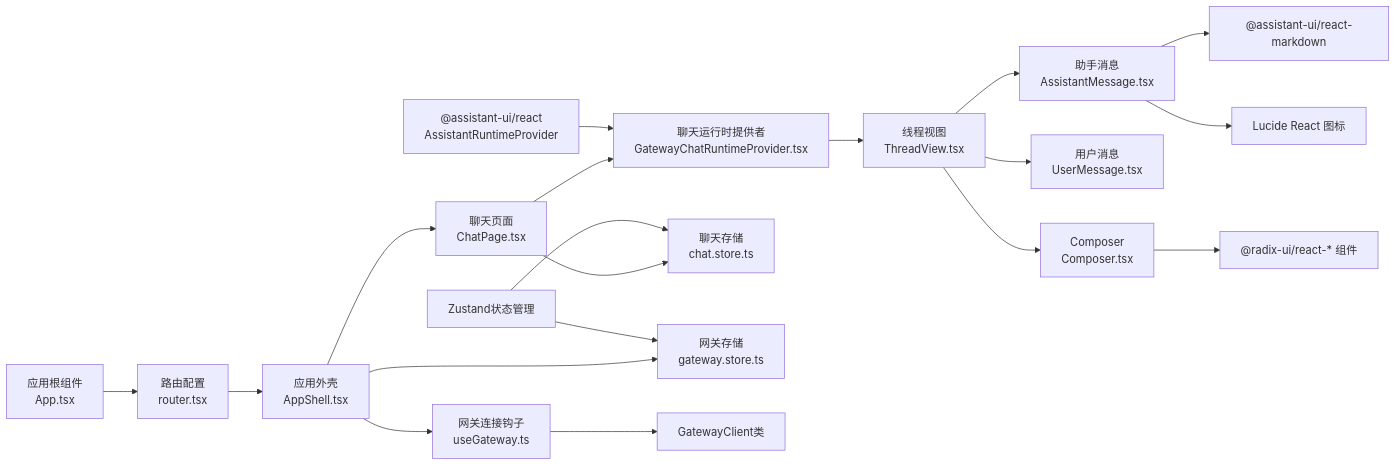
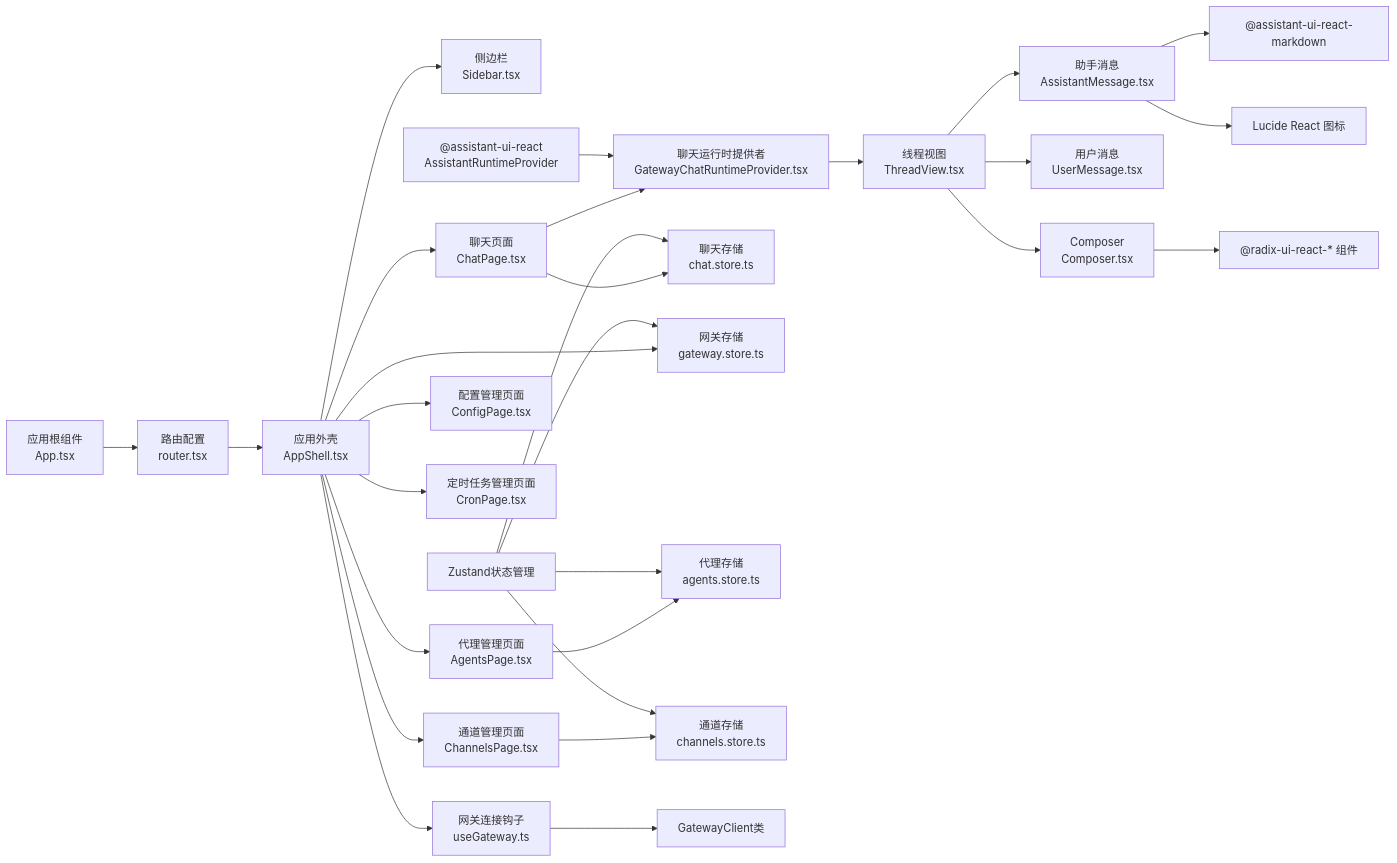
Before and after one commit to verse-ai-org/openclaw: the sixth of 6 diagrams in .qoder/repowiki/zh/content/Web界面/Web界面.md, drawn with Mermaid. The commit also changed other lines of this file and 41 other files, not shown here.

````diff
--- a/.qoder/repowiki/zh/content/Web界面/Web界面.md
+++ b/.qoder/repowiki/zh/content/Web界面/Web界面.md
@@ -453,21 +636,30 @@
 ```mermaid
 graph LR
 App["应用根组件<br/>App.tsx"] --> Router["路由配置<br/>router.tsx"]
 Router --> Shell["应用外壳<br/>AppShell.tsx"]
+Shell --> Sidebar["侧边栏<br/>Sidebar.tsx"]
 Shell --> ChatPage["聊天页面<br/>ChatPage.tsx"]
+Shell --> AgentsPage["代理管理页面<br/>AgentsPage.tsx"]
+Shell --> ChannelsPage["通道管理页面<br/>ChannelsPage.tsx"]
+Shell --> ConfigPage["配置管理页面<br/>ConfigPage.tsx"]
+Shell --> CronPage["定时任务管理页面<br/>CronPage.tsx"]
 ChatPage --> Runtime["聊天运行时提供者<br/>GatewayChatRuntimeProvider.tsx"]
 Runtime --> ThreadView["线程视图<br/>ThreadView.tsx"]
 ThreadView --> AssistantMessage["助手消息<br/>AssistantMessage.tsx"]
 ThreadView --> UserMessage["用户消息<br/>UserMessage.tsx"]
 ThreadView --> Composer["Composer<br/>Composer.tsx"]
 ChatPage --> ChatStore["聊天存储<br/>chat.store.ts"]
 Shell --> GatewayStore["网关存储<br/>gateway.store.ts"]
+AgentsPage --> AgentsStore["代理存储<br/>agents.store.ts"]
+ChannelsPage --> ChannelsStore["通道存储<br/>channels.store.ts"]
 Shell --> GatewayHook["网关连接钩子<br/>useGateway.ts"]
 GatewayHook --> GatewayClient["GatewayClient类"]
-AssistantRuntimeProvider["@assistant-ui/react<br/>AssistantRuntimeProvider"] --> Runtime
+AssistantRuntimeProvider["@assistant-ui-react<br/>AssistantRuntimeProvider"] --> Runtime
 Zustand["Zustand状态管理"] --> ChatStore
 Zustand --> GatewayStore
-AssistantMessage --> Markdown["@assistant-ui/react-markdown"]
+Zustand --> AgentsStore
+Zustand --> ChannelsStore
+AssistantMessage --> Markdown["@assistant-ui-react-markdown"]
 AssistantMessage --> Lucide["Lucide React 图标"]
-Composer --> RadixUI["@radix-ui/react-* 组件"]
+Composer --> RadixUI["@radix-ui-react-* 组件"]
 ```
````
